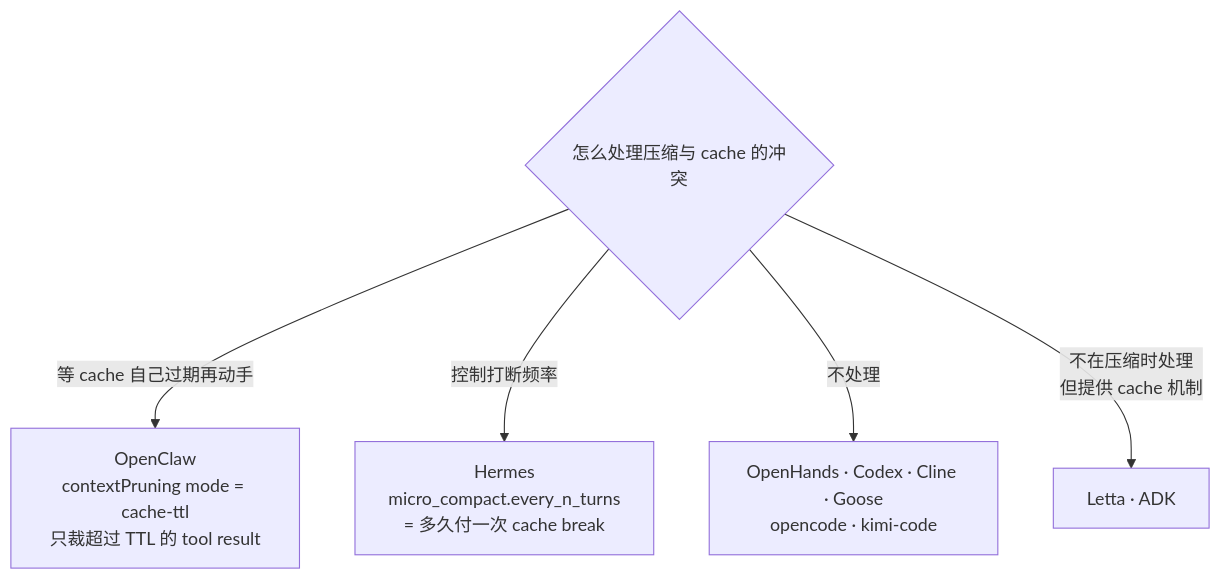
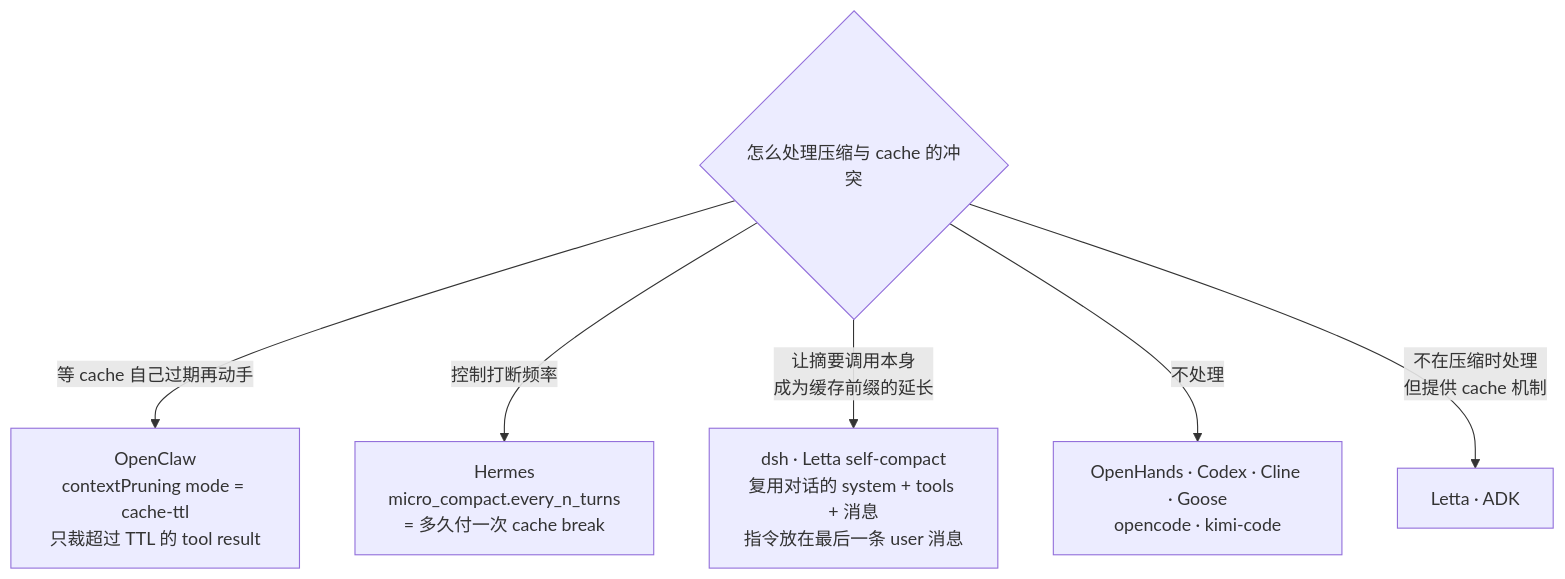
One commit to caiboyang/ML-learning changed the fifth of 19 diagrams in agent-context-compression/Agent_Context_Compression_Research.md. Above: the diagram before and after it, drawn with Mermaid. The commit also changed other lines of this file and 2 other files, not shown here.

````diff
--- a/agent-context-compression/Agent_Context_Compression_Research.md
+++ b/agent-context-compression/Agent_Context_Compression_Research.md
@@ -297,8 +299,9 @@
 ```mermaid
 flowchart TD
     Q{"怎么处理压缩与 cache 的冲突"}
     Q -->|"等 cache 自己过期再动手"| A["OpenClaw<br/>contextPruning mode = cache-ttl<br/>只裁超过 TTL 的 tool result"]
     Q -->|"控制打断频率"| B["Hermes<br/>micro_compact.every_n_turns<br/>= 多久付一次 cache break"]
+    Q -->|"让摘要调用本身<br/>成为缓存前缀的延长"| E["dsh · Letta self-compact<br/>复用对话的 system + tools + 消息<br/>指令放在最后一条 user 消息"]
     Q -->|"不处理"| C["OpenHands · Codex · Cline · Goose<br/>opencode · kimi-code"]
     Q -->|"不在压缩时处理<br/>但提供 cache 机制"| D["Letta · ADK"]
 ```
````
